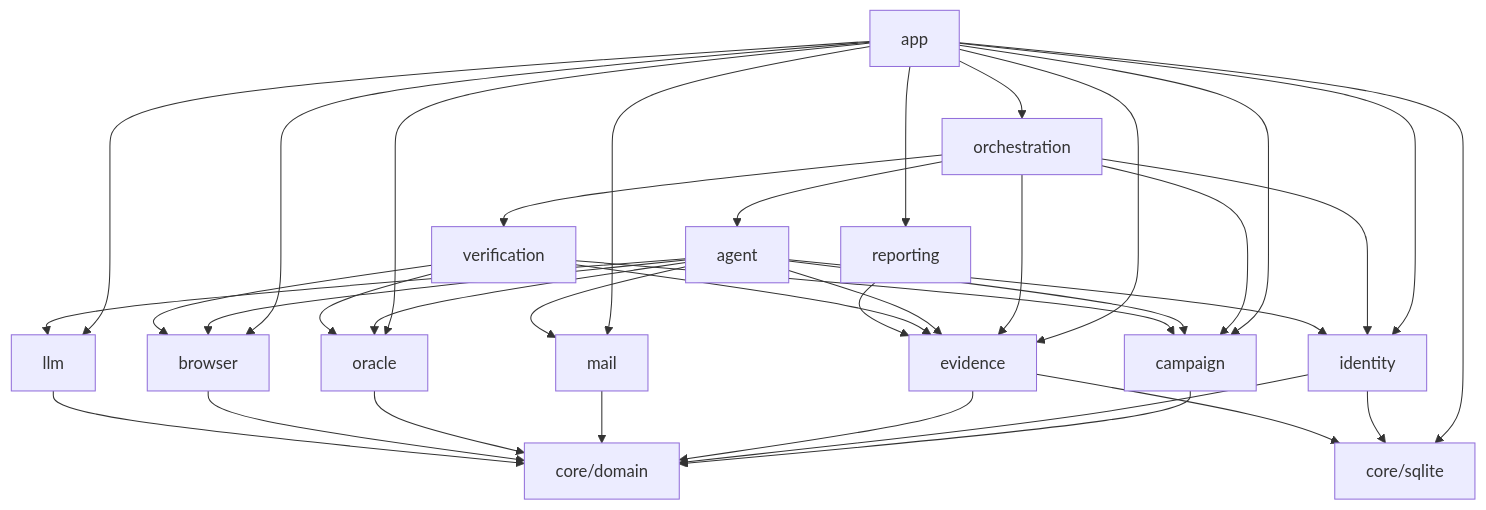
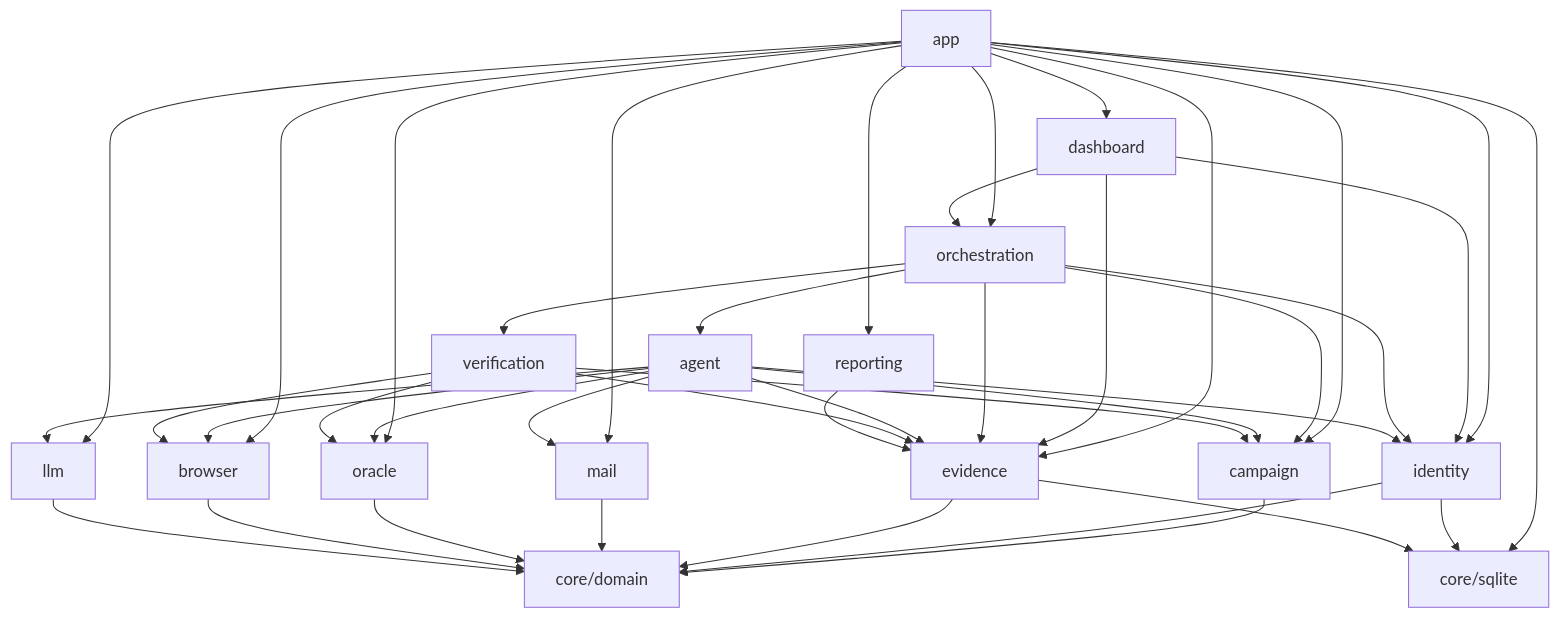
Before and after one commit to aslan564/Petek: the first of 2 diagrams in docs/ARCHITECTURE.md, drawn with Mermaid. The commit also changed other lines of this file, not shown here.

First line of the commit message:
Document the web panel module in ARCHITECTURE

````diff
--- a/docs/ARCHITECTURE.md
+++ b/docs/ARCHITECTURE.md
@@ -31,10 +32,11 @@
 ```mermaid
 flowchart TD
-  app --> orchestration & reporting & llm & mail & oracle & browser & identity & evidence & campaign & sqlite[core/sqlite]
+  app --> dashboard & orchestration & reporting & llm & mail & oracle & browser & identity & evidence & campaign & sqlite[core/sqlite]
+  dashboard --> orchestration & identity & evidence
   orchestration --> agent & verification & identity & evidence & campaign
   agent --> browser & llm & mail & oracle & evidence & identity & campaign
   verification --> browser & oracle & evidence & campaign
   reporting --> evidence
   identity & evidence --> sqlite
   campaign & identity & evidence & mail & oracle & browser & llm --> core[core/domain]
 ```
````
